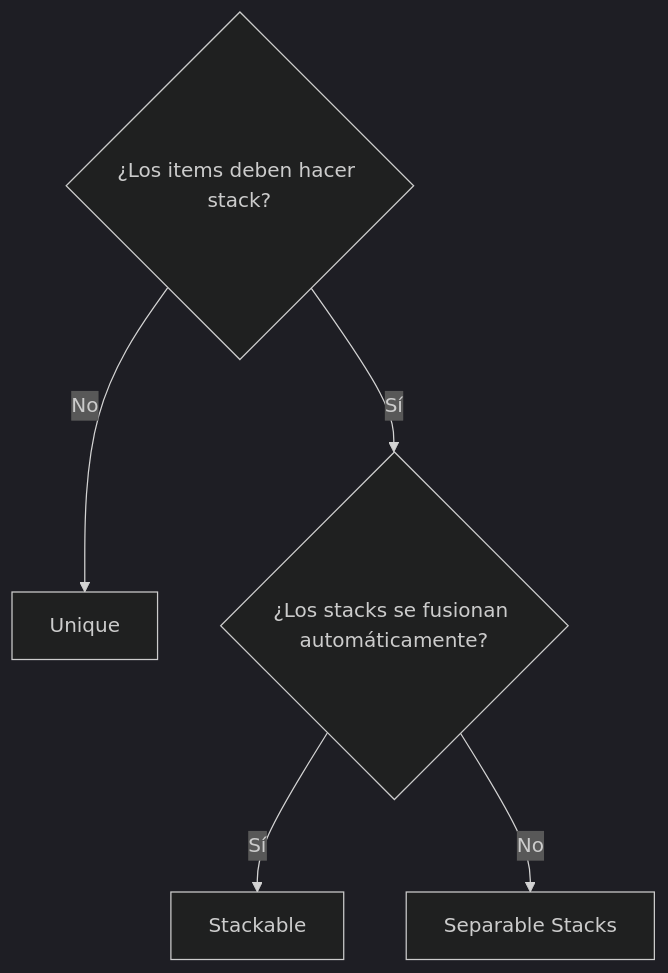
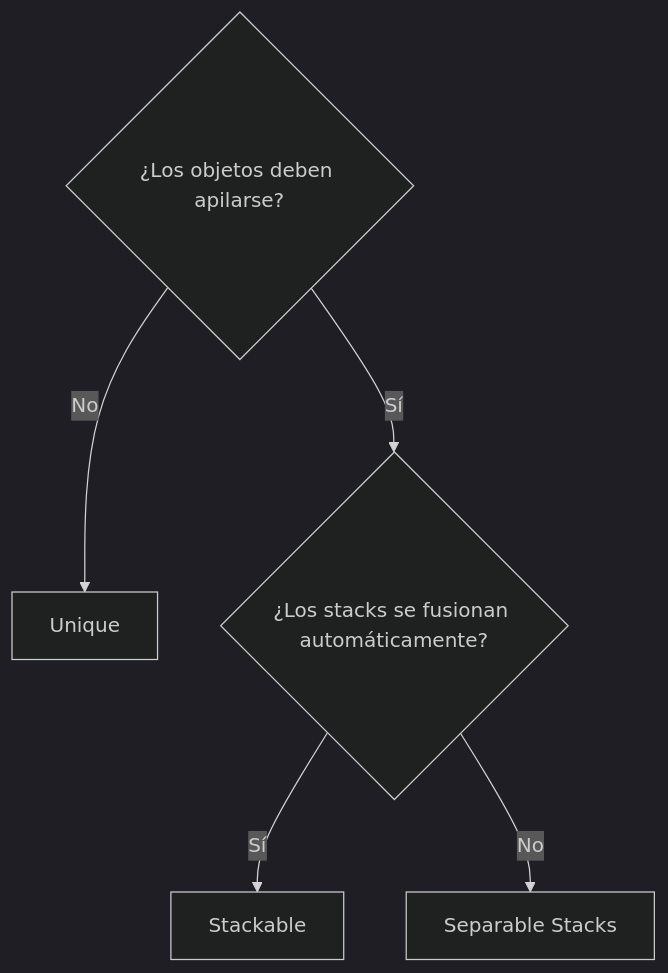
One commit to SergeevSergey99/DragAndDropSystem-Docs changed the first of 4 diagrams in .docs/content/architecture/strategies.es.md. Above: the diagram before and after it, drawn with Mermaid (dark theme). The commit also changed other lines of this file and 9 other files, not shown here.

````diff
--- a/.docs/content/architecture/strategies.es.md
+++ b/.docs/content/architecture/strategies.es.md
@@ -19,8 +24,8 @@
 ```mermaid
 flowchart TD
-    Q1{"¿Los items deben hacer stack?"}
+    Q1{"¿Los objetos deben apilarse?"}
     Q1 -->|No| UNI["Unique"]
     Q1 -->|Sí| Q2{"¿Los stacks se fusionan automáticamente?"}
     Q2 -->|Sí| STK["Stackable"]
     Q2 -->|No| SEP["Separable Stacks"]
 ```
````
